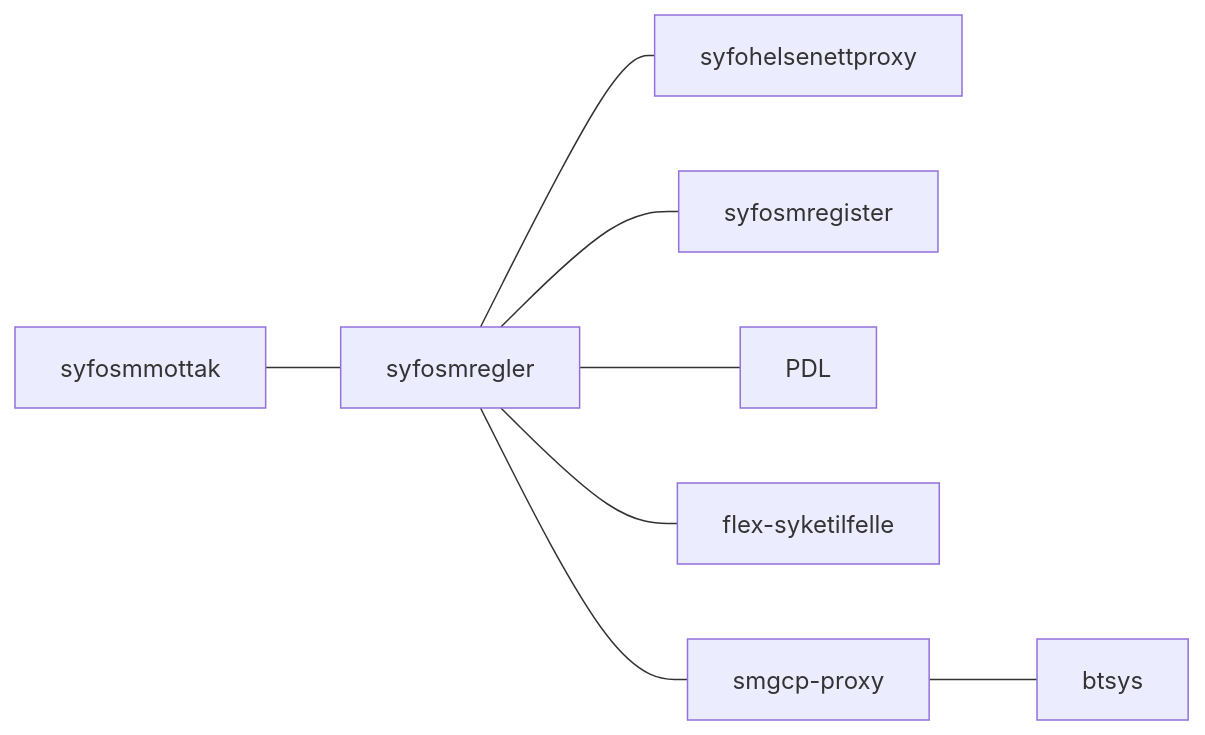
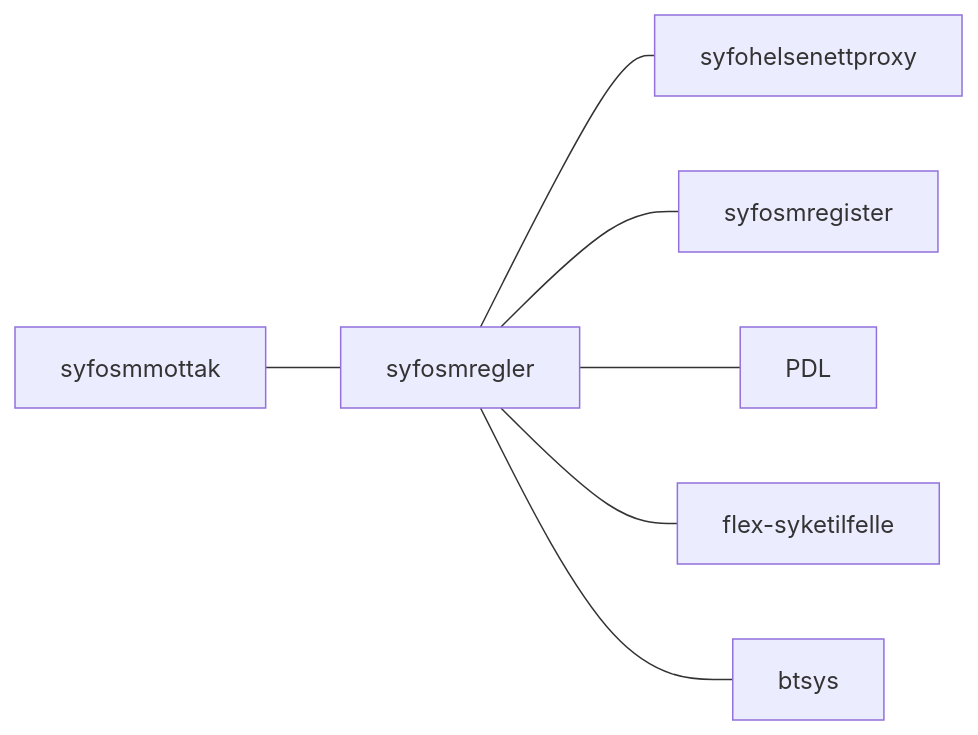
Before and after one commit to navikt/syfosmregler: the first of 11 diagrams in README.md, drawn with Mermaid. The commit also changed 1 other file, not shown here.

Commit message:
Remove smgcp-proxy

````diff
--- a/README.md
+++ b/README.md
@@ -21,10 +21,9 @@
 ```mermaid
   graph LR;
       syfosmmottak --- syfosmregler;
       syfosmregler --- syfohelsenettproxy;
       syfosmregler --- syfosmregister;
       syfosmregler --- PDL;
       syfosmregler --- flex-syketilfelle;
-      syfosmregler --- smgcp-proxy;
-      smgcp-proxy --- btsys;
+      syfosmregler --- btsys;
 ```
````
